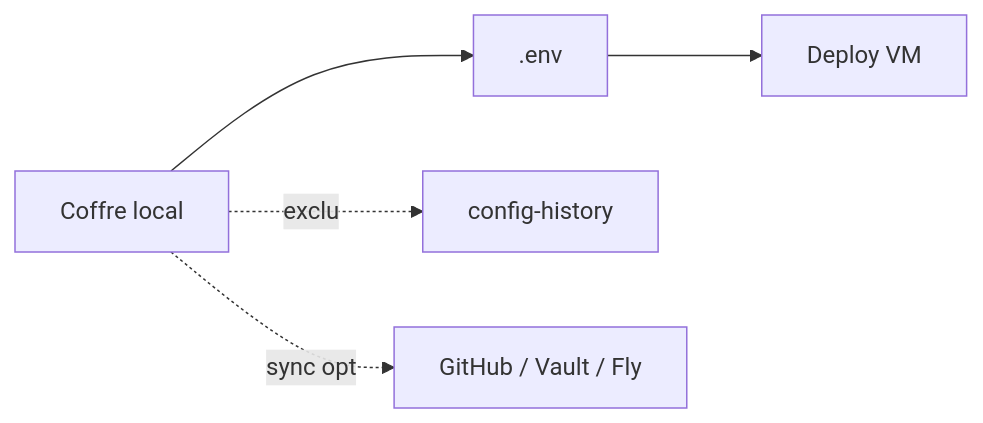
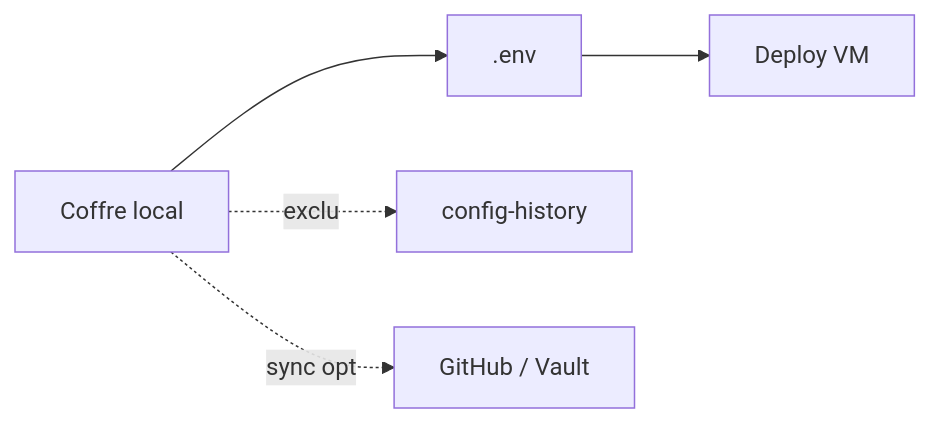
One commit to simondelamarre/bige-ops-releases changed the diagram in docs/secrets.md. Above: the diagram before and after it, drawn with Mermaid. The commit also changed other lines of this file and 58 other files, not shown here.

````diff
--- a/docs/secrets.md
+++ b/docs/secrets.md
@@ -37,7 +40,7 @@
 ```mermaid
 flowchart LR
   V[Coffre local] --> E[.env]
   E --> D[Deploy VM]
   V -.exclu.-> G[config-history]
-  V -.sync opt.-> GH[GitHub / Vault / Fly]
+  V -.sync opt.-> GH[GitHub / Vault]
 ```
````
